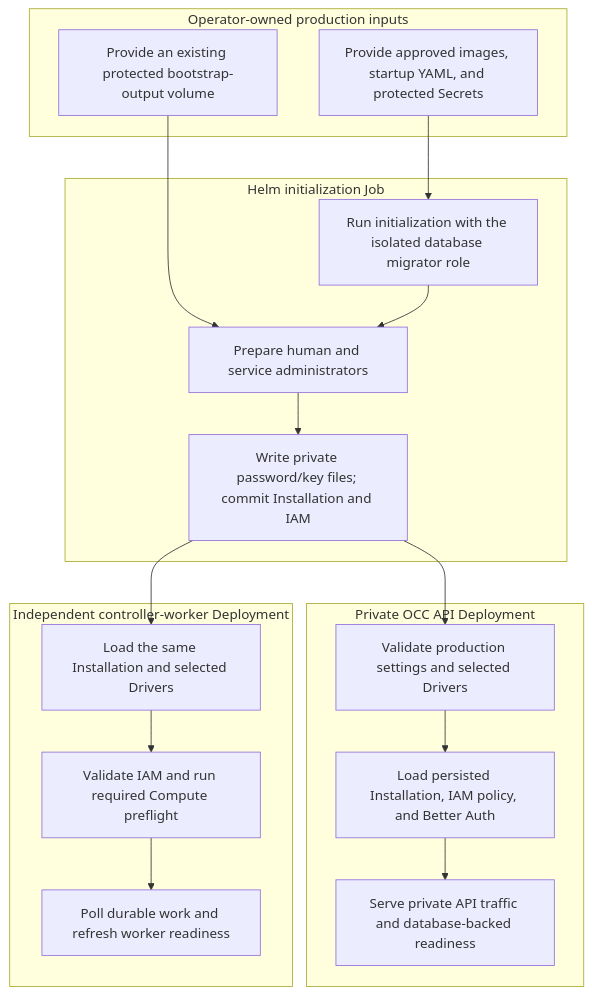
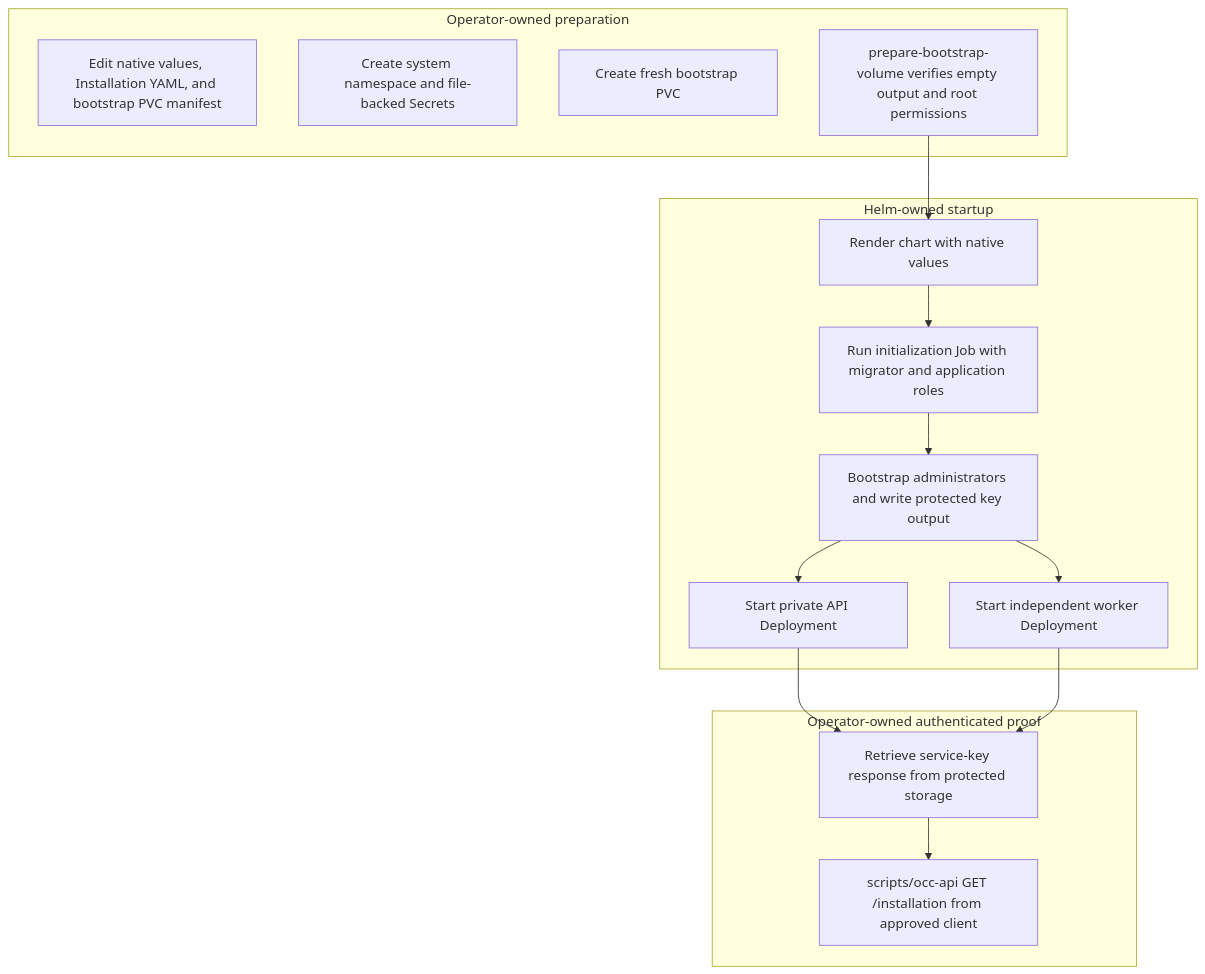
One commit to IsaiahStapleton/openclaw-enterprise changed the diagram in docs/flows/production-startup.md. Above: the diagram before and after it, drawn with Mermaid. The commit also changed other lines of this file and 19 other files, not shown here.

First line of the commit message:
feat: simplify deployment with Compose and Helm helpers (#10)

````diff
--- a/docs/flows/production-startup.md
+++ b/docs/flows/production-startup.md
@@ -39,34 +37,21 @@
 ```mermaid
 graph TD
-    subgraph Operator["Operator-owned production inputs"]
-        A["Provide approved images, startup YAML, and protected Secrets"]
-        B["Provide an existing protected bootstrap-output volume"]
+    subgraph Operator["Operator-owned preparation"]
+        A["Edit native values, Installation YAML, and bootstrap PVC manifest"]
+        B["Create system namespace and file-backed Secrets"]
+        C["Create fresh bootstrap PVC"]
+        D["prepare-bootstrap-volume verifies empty output and root permissions"]
     end
-
-    subgraph Initialization["Helm initialization Job"]
-        C["Run initialization with the isolated database migrator role"]
-        D["Prepare human and service administrators"]
-        E["Write private password/key files; commit Installation and IAM"]
+    subgraph Helm["Helm-owned startup"]
+        D --> E["Render chart with native values"]
+        E --> F["Run initialization Job with migrator and application roles"]
+        F --> G["Bootstrap administrators and write protected key output"]
+        G --> H["Start private API Deployment"]
+        G --> I["Start independent worker Deployment"]
     end
-
-    subgraph API["Private OCC API Deployment"]
-        F["Validate production settings and selected Drivers"]
-        G["Load persisted Installation, IAM policy, and Better Auth"]
-        H["Serve private API traffic and database-backed readiness"]
+    subgraph Proof["Operator-owned authenticated proof"]
+        H --> J["Retrieve service-key response from protected storage"]
+        I --> J
+        J --> K["scripts/occ-api GET /installation from approved client"]
     end
-
-    subgraph Worker["Independent controller-worker Deployment"]
-        I["Load the same Installation and selected Drivers"]
-        J["Validate IAM and run required Compute preflight"]
-        K["Poll durable work and refresh worker readiness"]
-    end
-
-    A --> C
-    B --> D
-    C --> D
-    D --> E
-    E --> F
-    E --> I
-    F --> G --> H
-    I --> J --> K
 ```
````
